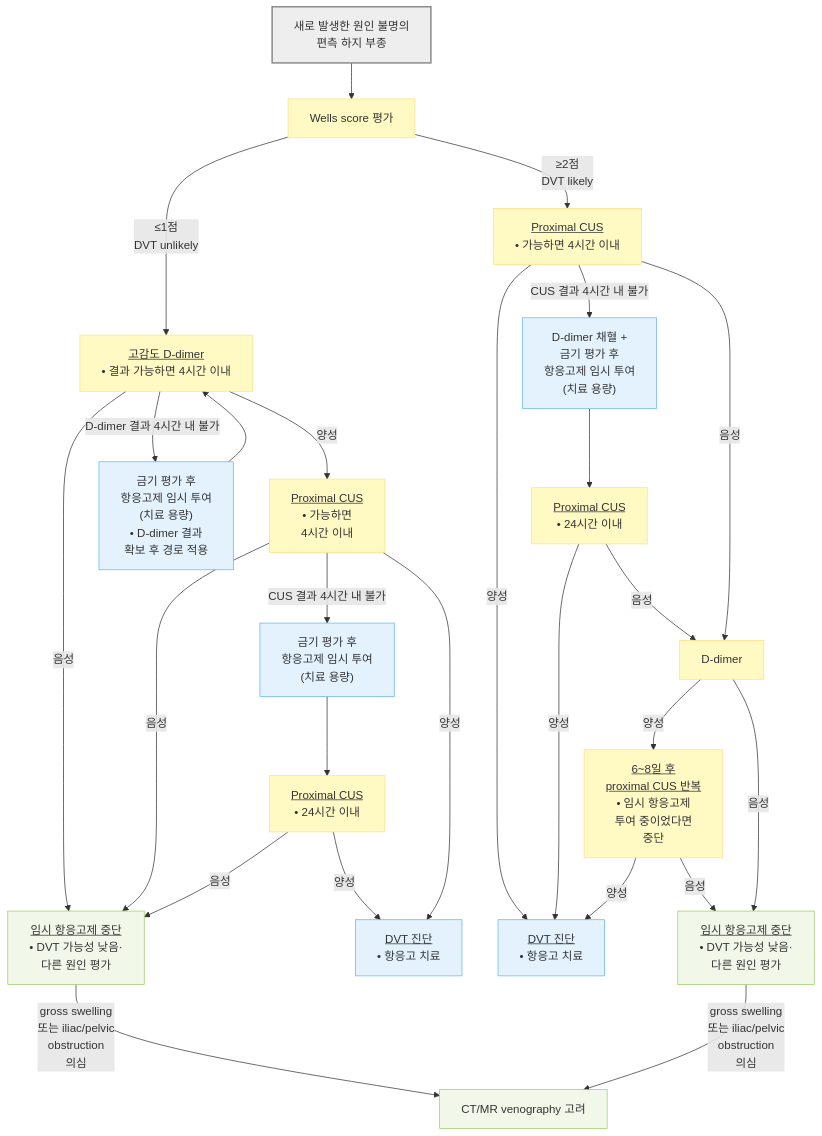
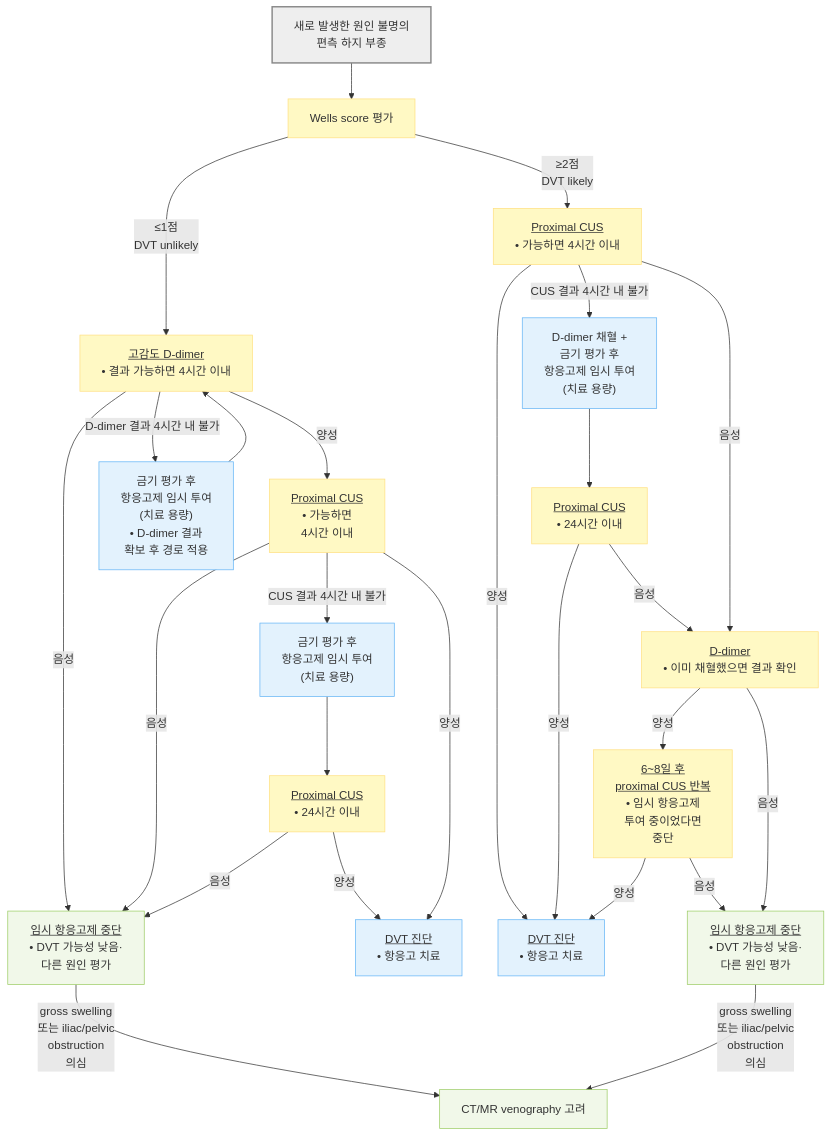
Before and after one commit to familyoh77/familyoh77: the first of 3 diagrams in 220_/012_-edema.md, drawn with Mermaid. The commit also changed other lines of this file, not shown here.

````diff
--- a/220_/012_-edema.md
+++ b/220_/012_-edema.md
@@ -239,36 +236,36 @@
 ```mermaid
 flowchart TD
 SG1["새로 발생한 원인 불명의<br/>편측 하지 부종"] --> B["Wells score 평가"]
 B -- "≤1점<br/>DVT unlikely" --> C["<u>고감도 D-dimer</u><br/>• 결과 가능하면 4시간 이내"]
 C -- "음성" --> E["<u>임시 항응고제 중단</u><br/>• DVT 가능성 낮음·<br/>다른 원인 평가"]
 C -- "양성" --> D1["<u>Proximal CUS</u><br/>• 가능하면 <br/>4시간 이내"]
 C -- "D-dimer 결과 4시간 내 불가" --> I1["금기 평가 후 <br/>항응고제 임시 투여<br/>(치료 용량)<br/>• D-dimer 결과 <br/>확보 후 경로 적용"]
 I1 --> C
 B -- "≥2점<br/>DVT likely" --> D2["<u>Proximal CUS</u><br/>• 가능하면 4시간 이내"]
 D1 -- "음성" --> E
 D1 -- "CUS 결과 4시간 내 불가" --> I3["금기 평가 후 <br/>항응고제 임시 투여<br/>(치료 용량)"]
 I3 --> D4["<u>Proximal CUS</u><br/>• 24시간 이내"]
 D4 -- "양성" --> G0
 D4 -- "음성" --> E
 D1 -- "양성" --> G0["<u>DVT 진단</u><br/>• 항응고 치료"]
 D2 -- "양성" --> G["<u>DVT 진단</u><br/>• 항응고 치료"]
 D2 -- "CUS 결과 4시간 내 불가" --> I2["D-dimer 채혈 + <br/>금기 평가 후<br/>항응고제 임시 투여<br/>(치료 용량)"]
 I2 --> D3["<u>Proximal CUS</u><br/>• 24시간 이내"]
 D3 -- "양성" --> G
-D3 -- "음성" --> DD["D-dimer"]
+D3 -- "음성" --> DD["<u>D-dimer</u><br/>• 이미 채혈했으면 결과 확인"]
 D2 -- "음성" --> DD
 DD -- "양성" --> R["<u>6~8일 후 <br/>proximal CUS 반복</u><br/>• 임시 항응고제 <br/>투여 중이었다면 <br/>중단"]
 R -- "양성" --> G
 R -- "음성" --> E0
 E -- "gross swelling <br/>또는 iliac/pelvic <br/>obstruction <br/>의심" --> H["CT/MR venography 고려"]
 DD -- "음성" --> E0["<u>임시 항응고제 중단</u><br/>• DVT 가능성 낮음·<br/>다른 원인 평가"]
 E0 -- "gross swelling <br/>또는 iliac/pelvic <br/>obstruction <br/>의심" --> H
 classDef start fill:#eeeeee,stroke:#888888,stroke-width:2px
 classDef question fill:#fff9c4,stroke:#ffe082
 classDef evaluation fill:#f1f8e9,stroke:#9ccc65
 classDef treatment fill:#e3f2fd,stroke:#64b5f6
 class SG1 start
 class B,C,D1,D2,D3,D4,DD,R question
 class E,H,E0 evaluation
 class I1,I2,I3,G0,G treatment
 ```
````
